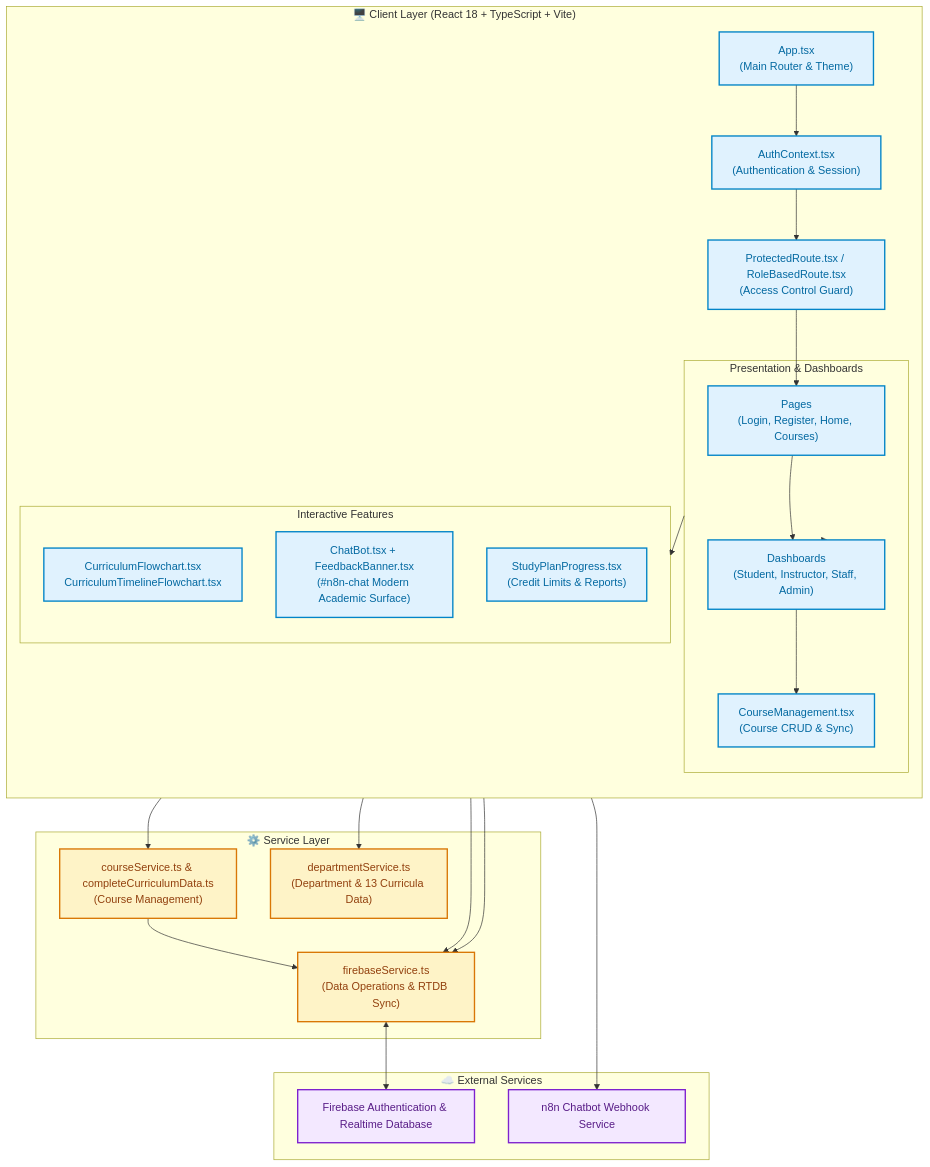
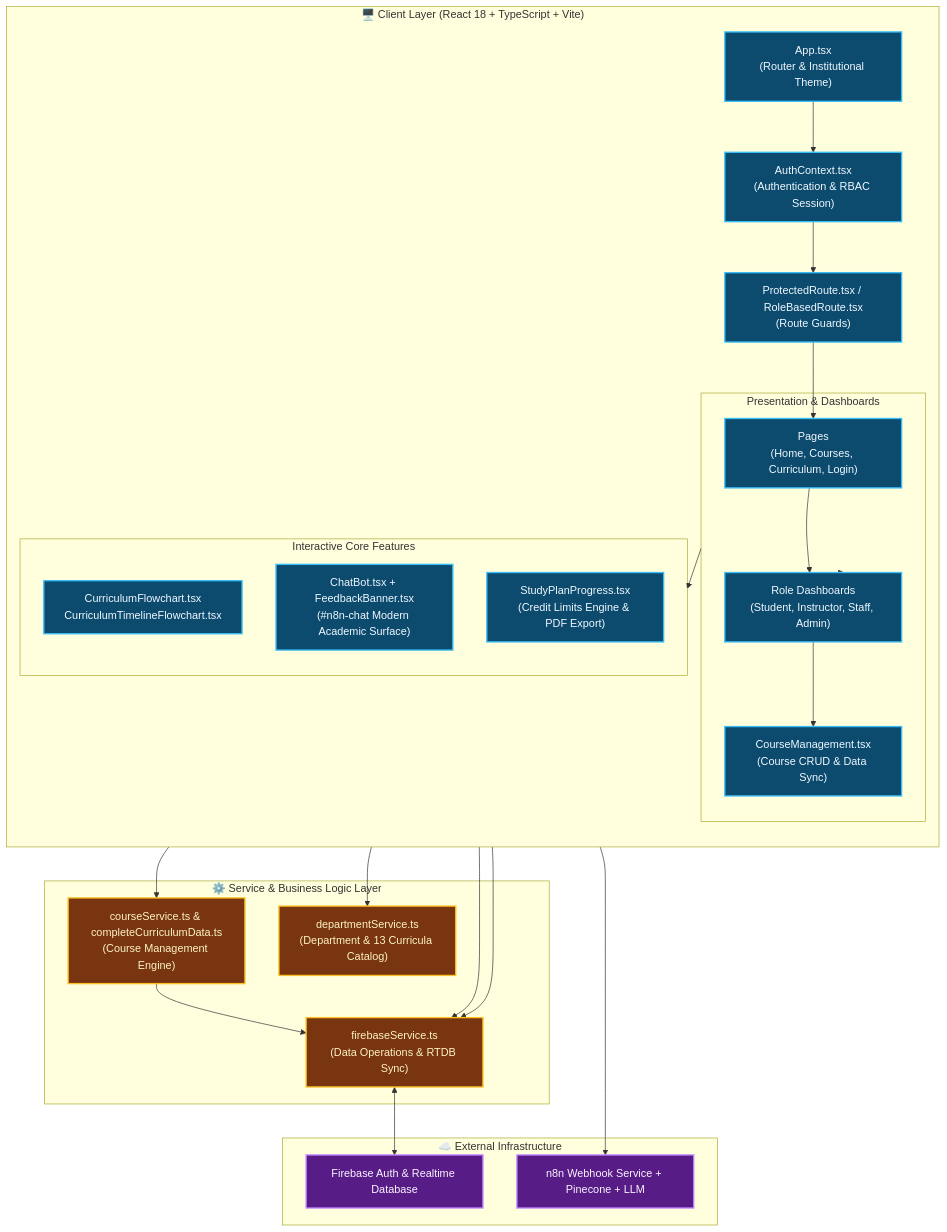
The third of 4 diagrams in README.md (kainapatkmutnb/it-course-chatbot-main), drawn with Mermaid before and after one commit. The commit also changed other lines of this file and 1 other file, not shown here.

Commit message:
docs: redesign README with luxury editorial hero, bento metric showcase, and designer-grade diagrams

````diff
--- a/README.md
+++ b/README.md
@@ -144,53 +165,53 @@
 ```mermaid
 flowchart TB
-    classDef client fill:#E0F2FE,stroke:#0284C7,stroke-width:2px,color:#0369A1;
-    classDef service fill:#FEF3C7,stroke:#D97706,stroke-width:2px,color:#92400E;
-    classDef ext fill:#F3E8FF,stroke:#7E22CE,stroke-width:2px,color:#581C87;
+    classDef client fill:#0C4A6E,stroke:#38BDF8,stroke-width:2px,color:#F0F9FF;
+    classDef service fill:#78350F,stroke:#FBBF24,stroke-width:2px,color:#FEF3C7;
+    classDef ext fill:#581C87,stroke:#C084FC,stroke-width:2px,color:#FAF5FF;
 
     subgraph ClientLayer ["🖥️ Client Layer (React 18 + TypeScript + Vite)"]
         direction TB
-        App["App.tsx<br/>(Main Router & Theme)"]:::client
-        AuthContext["AuthContext.tsx<br/>(Authentication & Session)"]:::client
-        ProtRoute["ProtectedRoute.tsx / RoleBasedRoute.tsx<br/>(Access Control Guard)"]:::client
+        App["App.tsx<br/>(Router & Institutional Theme)"]:::client
+        AuthContext["AuthContext.tsx<br/>(Authentication & RBAC Session)"]:::client
+        ProtRoute["ProtectedRoute.tsx / RoleBasedRoute.tsx<br/>(Route Guards)"]:::client
 
         subgraph ViewSection ["Presentation & Dashboards"]
-            Pages["Pages<br/>(Login, Register, Home, Courses)"]:::client
-            Dashboards["Dashboards<br/>(Student, Instructor, Staff, Admin)"]:::client
-            CourseMgmt["CourseManagement.tsx<br/>(Course CRUD & Sync)"]:::client
+            Pages["Pages<br/>(Home, Courses, Curriculum, Login)"]:::client
+            Dashboards["Role Dashboards<br/>(Student, Instructor, Staff, Admin)"]:::client
+            CourseMgmt["CourseManagement.tsx<br/>(Course CRUD & Data Sync)"]:::client
         end
 
-        subgraph FeatureSection ["Interactive Features"]
+        subgraph FeatureSection ["Interactive Core Features"]
             Flowchart["CurriculumFlowchart.tsx<br/>CurriculumTimelineFlowchart.tsx"]:::client
             ChatBot["ChatBot.tsx + FeedbackBanner.tsx<br/>(#n8n-chat Modern Academic Surface)"]:::client
-            StudyPlan["StudyPlanProgress.tsx<br/>(Credit Limits & Reports)"]:::client
+            StudyPlan["StudyPlanProgress.tsx<br/>(Credit Limits Engine & PDF Export)"]:::client
         end
     end
 
-    subgraph ServiceLayer ["⚙️ Service Layer"]
+    subgraph ServiceLayer ["⚙️ Service & Business Logic Layer"]
         FirebaseService["firebaseService.ts<br/>(Data Operations & RTDB Sync)"]:::service
-        CourseService["courseService.ts & completeCurriculumData.ts<br/>(Course Management)"]:::service
-        DeptService["departmentService.ts<br/>(Department & 13 Curricula Data)"]:::service
+        CourseService["courseService.ts & completeCurriculumData.ts<br/>(Course Management Engine)"]:::service
+        DeptService["departmentService.ts<br/>(Department & 13 Curricula Catalog)"]:::service
     end
 
-    subgraph ExternalLayer ["☁️ External Services"]
-        FirebaseBackend["Firebase Authentication & Realtime Database"]:::ext
-        N8NBackend["n8n Chatbot Webhook Service"]:::ext
+    subgraph ExternalLayer ["☁️ External Infrastructure"]
+        FirebaseBackend["Firebase Auth & Realtime Database"]:::ext
+        N8NBackend["n8n Webhook Service + Pinecone + LLM"]:::ext
     end
 
     App --> AuthContext
     AuthContext --> ProtRoute
     ProtRoute --> Pages
     Pages --> Dashboards
     Dashboards --> CourseMgmt
     Dashboards --> ViewSection
     ViewSection --> FeatureSection
 
     CourseMgmt --> CourseService
     CourseMgmt --> FirebaseService
     Flowchart --> DeptService
     StudyPlan --> FirebaseService
     ChatBot --> N8NBackend
 
     FirebaseService <--> FirebaseBackend
     CourseService --> FirebaseService
 ```
````
